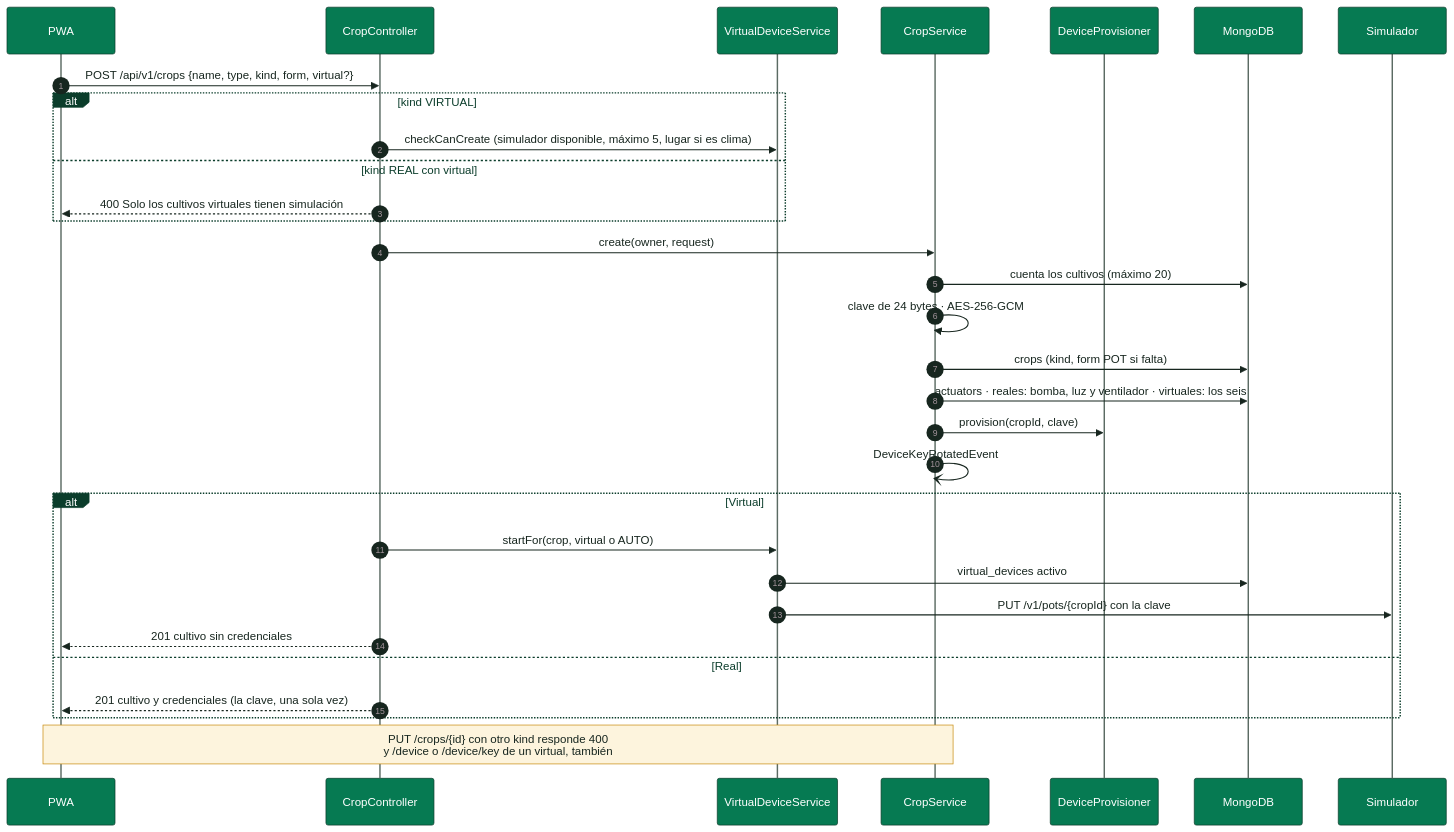
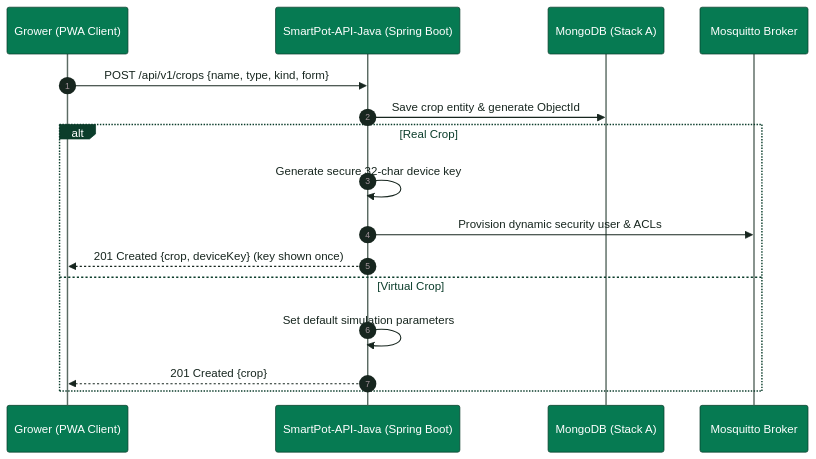
Before and after one commit to SmartPotTech/SmartPot-API-Java: the second of 4 diagrams in docs/SmartPot_API_Documentation.md, drawn with Mermaid. The commit also changed other lines of this file and 15 other files, not shown here.

Commit message:
docs(specs): standardize legacy english documentation, notices, diagrams, and manuals

````diff
--- a/docs/SmartPot_API_Documentation.md
+++ b/docs/SmartPot_API_Documentation.md
@@ -149,34 +111,19 @@
 ```mermaid
 %%{init: {"theme": "base", "fontFamily": "Segoe UI, Arial, sans-serif", "themeVariables": {"fontFamily": "Segoe UI, Arial, sans-serif", "fontSize": "15px", "primaryColor": "#DDF5EA", "primaryTextColor": "#17261F", "primaryBorderColor": "#067A52", "secondaryColor": "#E3F2FB", "secondaryTextColor": "#17261F", "secondaryBorderColor": "#1F6FA0", "tertiaryColor": "#F2F7F4", "tertiaryTextColor": "#17261F", "tertiaryBorderColor": "#D5E3DC", "lineColor": "#5B6B63", "textColor": "#17261F", "mainBkg": "#DDF5EA", "nodeBorder": "#067A52", "clusterBkg": "#F7FAF8", "clusterBorder": "#D5E3DC", "edgeLabelBackground": "#FFFFFF", "actorBkg": "#067A52", "actorBorder": "#0B3D2B", "actorTextColor": "#FFFFFF", "actorLineColor": "#5B6B63", "signalColor": "#17261F", "signalTextColor": "#17261F", "labelBoxBkgColor": "#0B3D2B", "labelBoxBorderColor": "#0B3D2B", "labelTextColor": "#FFFFFF", "loopTextColor": "#0B3D2B", "noteBkgColor": "#FDF4DD", "noteBorderColor": "#C98D12", "noteTextColor": "#17261F", "activationBkgColor": "#DDF5EA", "activationBorderColor": "#067A52", "attributeBackgroundColorOdd": "#FFFFFF", "attributeBackgroundColorEven": "#F2F7F4"}}}%%
 sequenceDiagram
   autonumber
-  participant W as PWA
-  participant C as CropController
-  participant V as VirtualDeviceService
-  participant S as CropService
-  participant P as DeviceProvisioner
-  participant D as MongoDB
-  participant SIM as Simulador
-  W->>C: POST /api/v1/crops {name, type, kind, form, virtual?}
-  alt kind VIRTUAL
-    C->>V: checkCanCreate (simulador disponible, máximo 5, lugar si es clima)
-  else kind REAL con virtual
-    C-->>W: 400 Solo los cultivos virtuales tienen simulación
+  participant U as Grower (PWA Client)
+  participant API as SmartPot-API-Java (Spring Boot)
+  participant DB as MongoDB (Stack A)
+  participant B as Mosquitto Broker
+  U->>API: POST /api/v1/crops {name, type, kind, form}
+  API->>DB: Save crop entity & generate ObjectId
+  alt Real Crop
+    API->>API: Generate secure 32-char device key
+    API->>B: Provision dynamic security user & ACLs
+    API-->>U: 201 Created {crop, deviceKey} (key shown once)
+  else Virtual Crop
+    API->>API: Set default simulation parameters
+    API-->>U: 201 Created {crop}
   end
-  C->>S: create(owner, request)
-  S->>D: cuenta los cultivos (máximo 20)
-  S->>S: clave de 24 bytes · AES-256-GCM
-  S->>D: crops (kind, form POT si falta)
-  S->>D: actuators · reales: bomba, luz y ventilador · virtuales: los seis
-  S->>P: provision(cropId, clave)
-  S-)S: DeviceKeyRotatedEvent
-  alt Virtual
-    C->>V: startFor(crop, virtual o AUTO)
-    V->>D: virtual_devices activo
-    V->>SIM: PUT /v1/pots/{cropId} con la clave
-    C-->>W: 201 cultivo sin credenciales
-  else Real
-    C-->>W: 201 cultivo y credenciales (la clave, una sola vez)
-  end
-  Note over W,S: PUT /crops/{id} con otro kind responde 400<br/>y /device o /device/key de un virtual, también
 ```
````
